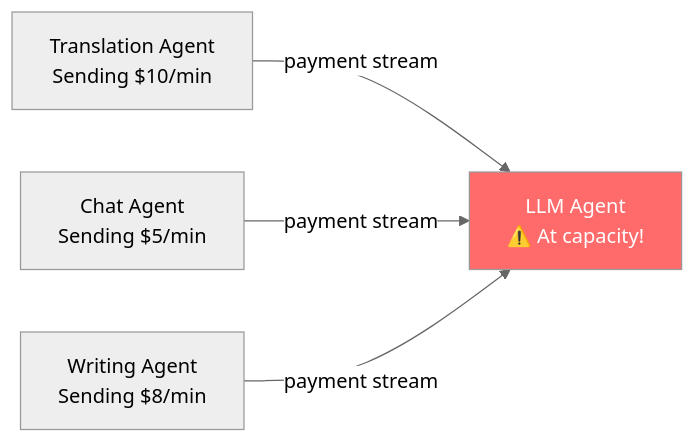
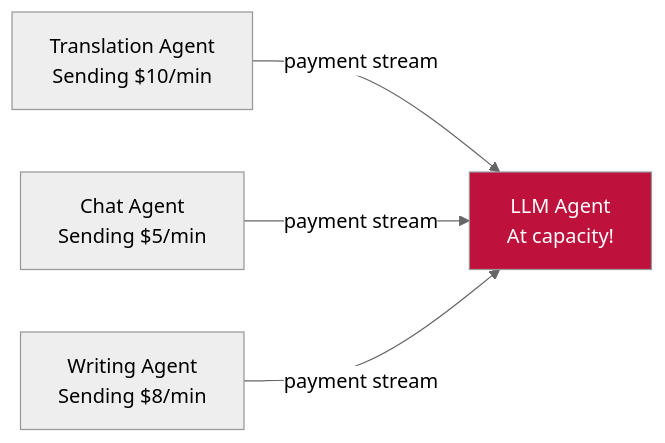
One commit to backproto/backproto changed the first of 16 diagrams in website/explainer.md. Above: the diagram before and after it, drawn with Mermaid (neutral theme). The commit also changed other lines of this file and 7 other files, not shown here.

First line of the commit message:
refactor(explainer): modernize diagrams and polish text

````diff
--- a/website/explainer.md
+++ b/website/explainer.md
@@ -19,8 +19,8 @@
 ```mermaid
 graph LR
-    A[Translation Agent<br/>Sending $10/min] -->|payment stream| B[LLM Agent<br/>⚠️ At capacity!]
+    A[Translation Agent<br/>Sending $10/min] -->|payment stream| B[LLM Agent<br/>At capacity!]
     C[Chat Agent<br/>Sending $5/min] -->|payment stream| B
     D[Writing Agent<br/>Sending $8/min] -->|payment stream| B
 
-    style B fill:#ff6b6b,color:#fff
+    style B fill:#be123c,color:#fff
 ```
````
